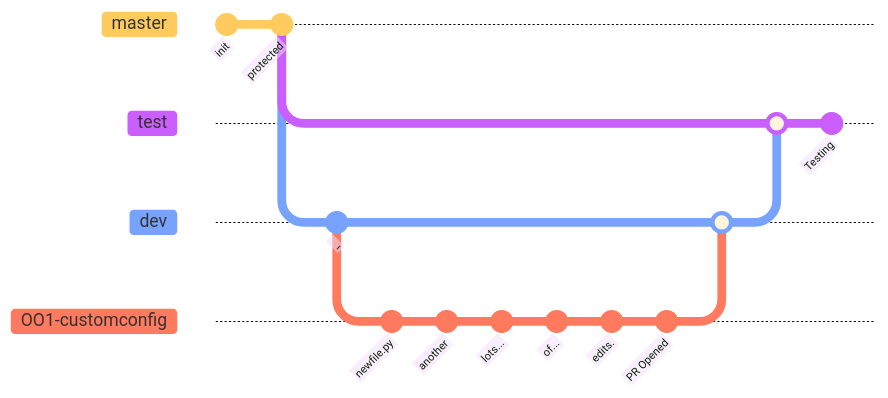
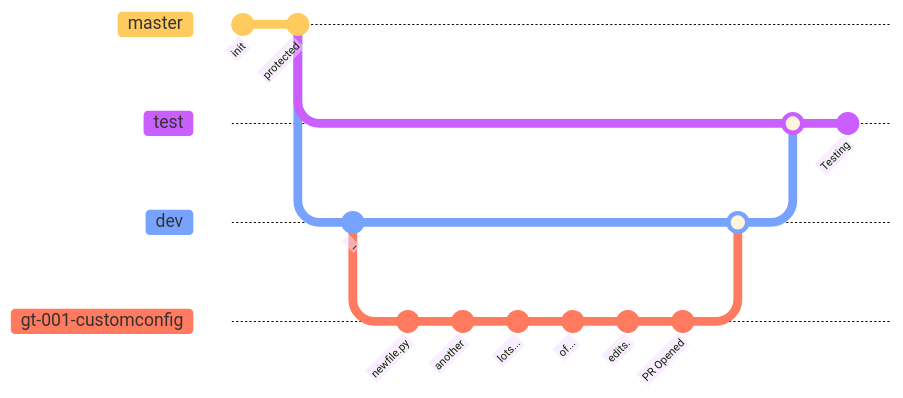
The sixth of 8 diagrams in GitFlow.md (gzt5142/gzt5142), drawn with Mermaid before and after one commit. The commit also changed other lines of this file, not shown here.

````diff
--- a/GitFlow.md
+++ b/GitFlow.md
@@ -221,23 +226,23 @@
 ```mermaid
 %%{init: {  'theme': 'base', "gitGraph": {"rotateCommitLabel": true, "mainBranchName": "master"}} }%%
 gitGraph
   commit id: "init"
   commit id: "protected"
   branch test
   branch dev
   checkout dev
   commit id: "_"
-  branch OO1-customconfig
-  checkout OO1-customconfig
+  branch gt-001-customconfig
+  checkout gt-001-customconfig
   commit id: "newfile.py"
   commit id: "another"
   commit id: "lots..."
   commit id: "of..."
   commit id: "edits."
   commit id: "PR Opened"
   checkout dev
-  merge OO1-customconfig
+  merge gt-001-customconfig
   checkout test
   merge dev
   commit id: "Testing"
 ```
````
